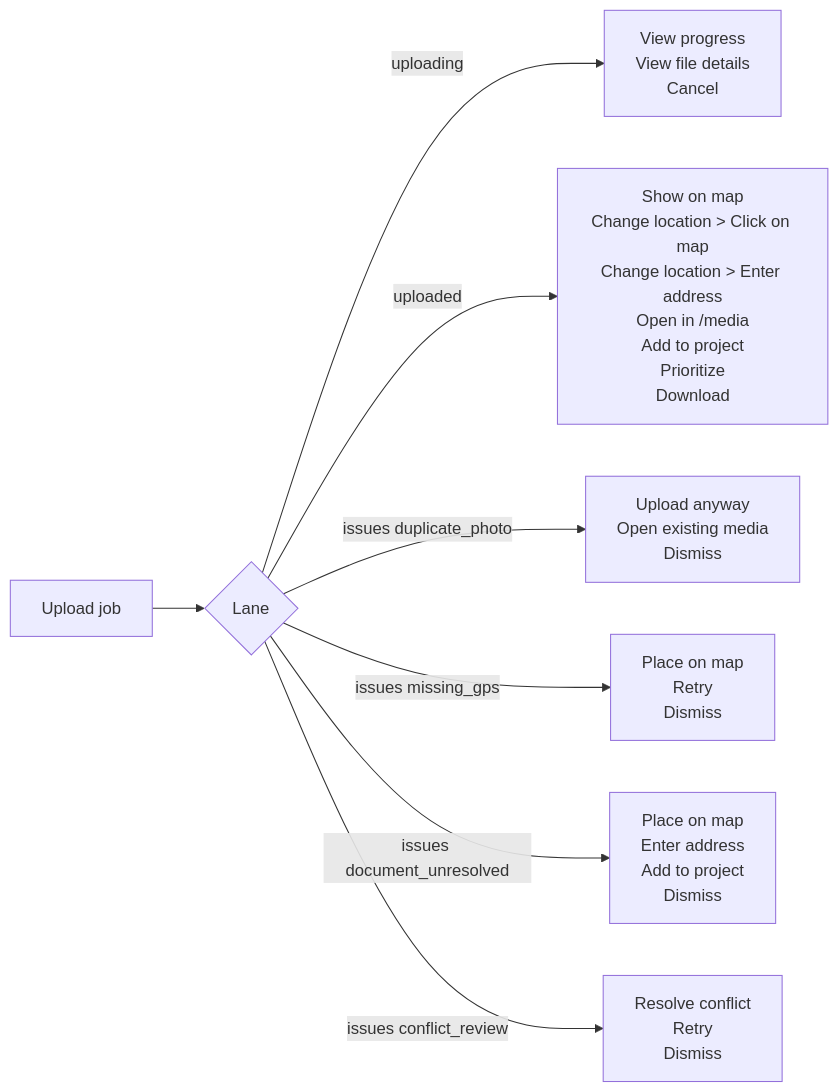
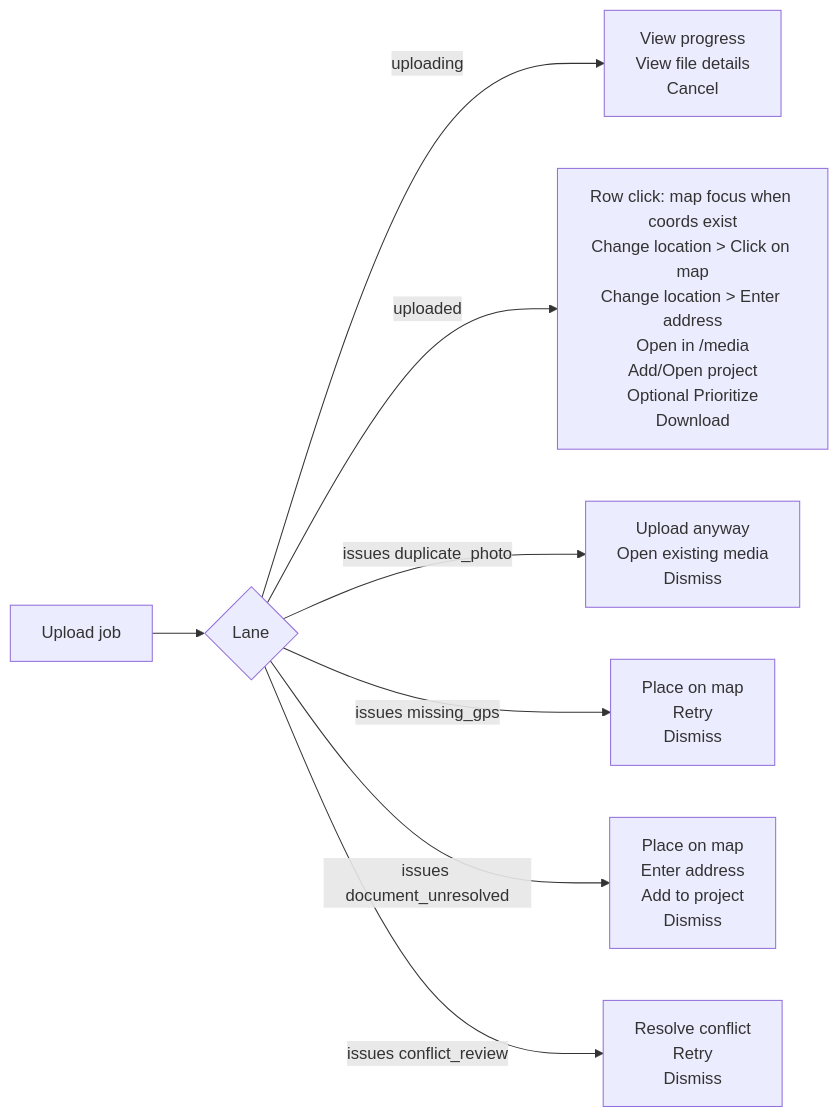
One commit to matkleve/feldpost changed the fourth of 8 diagrams in docs/element-specs/upload-panel.md. Above: the diagram before and after it, drawn with Mermaid. The commit also changed other lines of this file and 12 other files, not shown here.

````diff
--- a/docs/element-specs/upload-panel.md
+++ b/docs/element-specs/upload-panel.md
@@ -306,10 +327,10 @@
 ```mermaid
 flowchart LR
   A[Upload job] --> B{Lane}
   B -->|uploading| C[View progress<br/>View file details<br/>Cancel]
-  B -->|uploaded| D[Show on map<br/>Change location > Click on map<br/>Change location > Enter address<br/>Open in /media<br/>Add to project<br/>Prioritize<br/>Download]
+  B -->|uploaded| D[Row click: map focus when coords exist<br/>Change location > Click on map<br/>Change location > Enter address<br/>Open in /media<br/>Add/Open project<br/>Optional Prioritize<br/>Download]
   B -->|issues duplicate_photo| E[Upload anyway<br/>Open existing media<br/>Dismiss]
   B -->|issues missing_gps| F[Place on map<br/>Retry<br/>Dismiss]
   B -->|issues document_unresolved| H[Place on map<br/>Enter address<br/>Add to project<br/>Dismiss]
   B -->|issues conflict_review| G[Resolve conflict<br/>Retry<br/>Dismiss]
 ```
````
